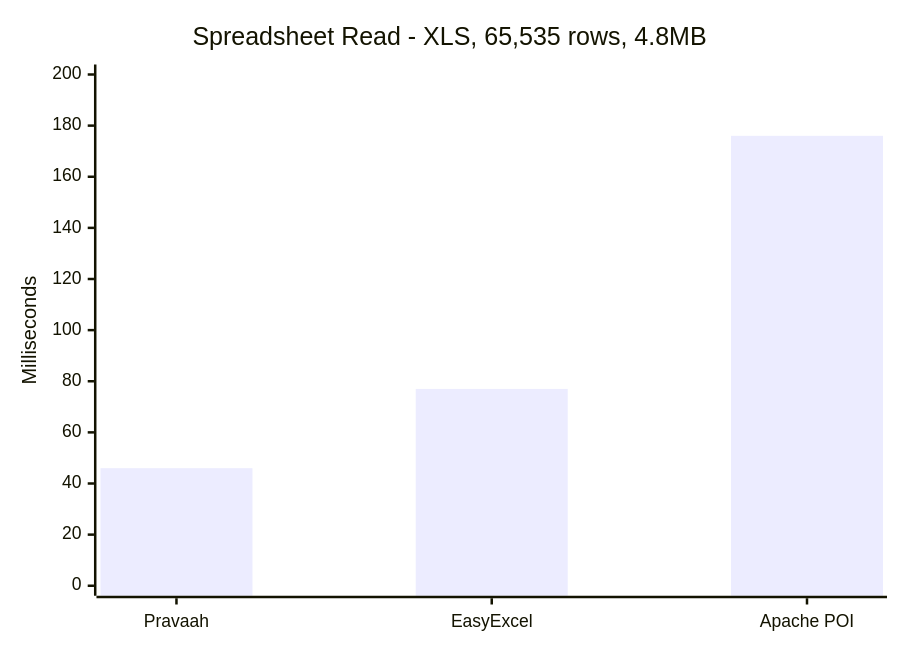
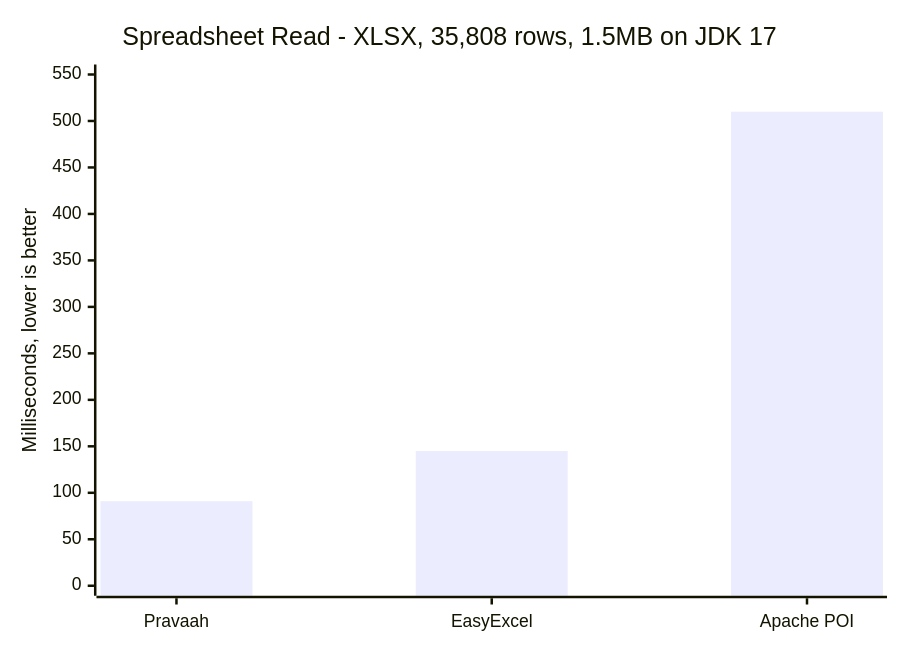
Before and after one commit to beingmartinbmc/pravaah-java: the third of 6 diagrams in README.md, drawn with Mermaid. The commit also changed other lines of this file and 1 other file, not shown here.

````diff
--- a/README.md
+++ b/README.md
@@ -381,7 +409,7 @@
 ```mermaid
 xychart-beta
-    title "Spreadsheet Read - XLS, 65,535 rows, 4.8MB"
+    title "Spreadsheet Read - XLSX, 35,808 rows, 1.5MB on JDK 17"
     x-axis ["Pravaah", "EasyExcel", "Apache POI"]
-    y-axis "Milliseconds" 0 --> 200
-    bar [46, 77, 176]
+    y-axis "Milliseconds, lower is better" 0 --> 550
+    bar [91, 145, 510]
 ```
````
